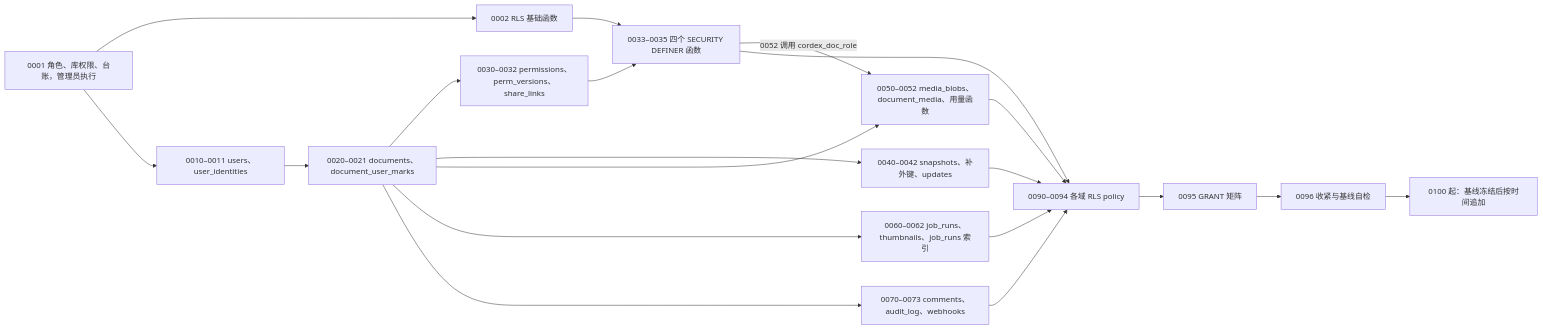
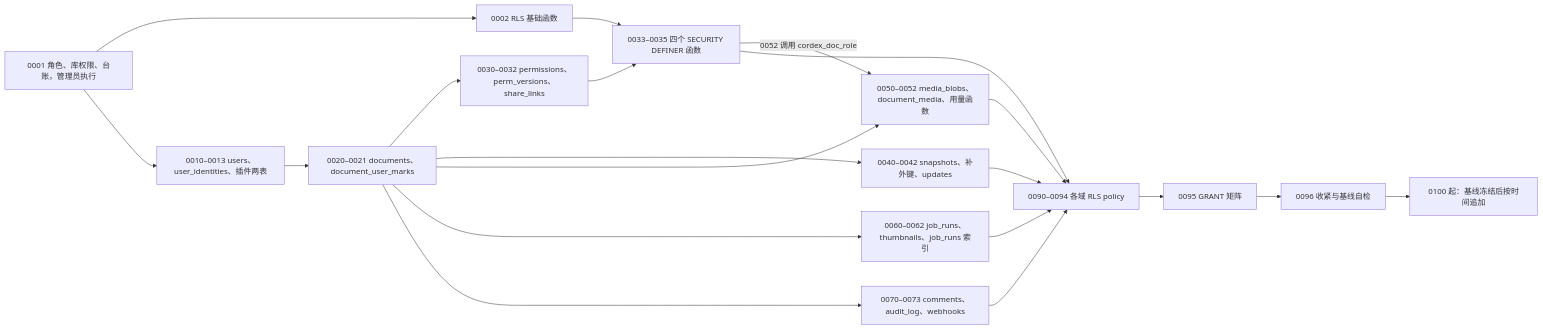
One commit to Xeonice/cordis-ppt-editor changed the sixth of 7 diagrams in docs/60-backend/08-db-conventions-roles-rls-migrations.md. Above: the diagram before and after it, drawn with Mermaid. The commit also changed other lines of this file and 19 other files, not shown here.

````diff
--- a/docs/60-backend/08-db-conventions-roles-rls-migrations.md
+++ b/docs/60-backend/08-db-conventions-roles-rls-migrations.md
@@ -512,22 +523,22 @@
 ```mermaid
 flowchart LR
   m0001["0001 角色、库权限、台账，管理员执行"] --> m0002["0002 RLS 基础函数"]
-  m0001 --> m0010["0010–0011 users、user_identities"]
+  m0001 --> m0010["0010–0013 users、user_identities、插件两表"]
   m0010 --> m0020["0020–0021 documents、document_user_marks"]
   m0020 --> m0030["0030–0032 permissions、perm_versions、share_links"]
   m0030 --> m0033["0033–0035 四个 SECURITY DEFINER 函数"]
   m0002 --> m0033
   m0020 --> m0040["0040–0042 snapshots、补外键、updates"]
   m0020 --> m0050["0050–0052 media_blobs、document_media、用量函数"]
   m0033 -- "0052 调用 cordex_doc_role" --> m0050
   m0020 --> m0060["0060–0062 job_runs、thumbnails、job_runs 索引"]
   m0020 --> m0070["0070–0073 comments、audit_log、webhooks"]
   m0033 --> rls["0090–0094 各域 RLS policy"]
   m0040 --> rls
   m0050 --> rls
   m0060 --> rls
   m0070 --> rls
   rls --> m0095["0095 GRANT 矩阵"]
   m0095 --> m0096["0096 收紧与基线自检"]
   m0096 --> later["0100 起：基线冻结后按时间追加"]
 ```
````
